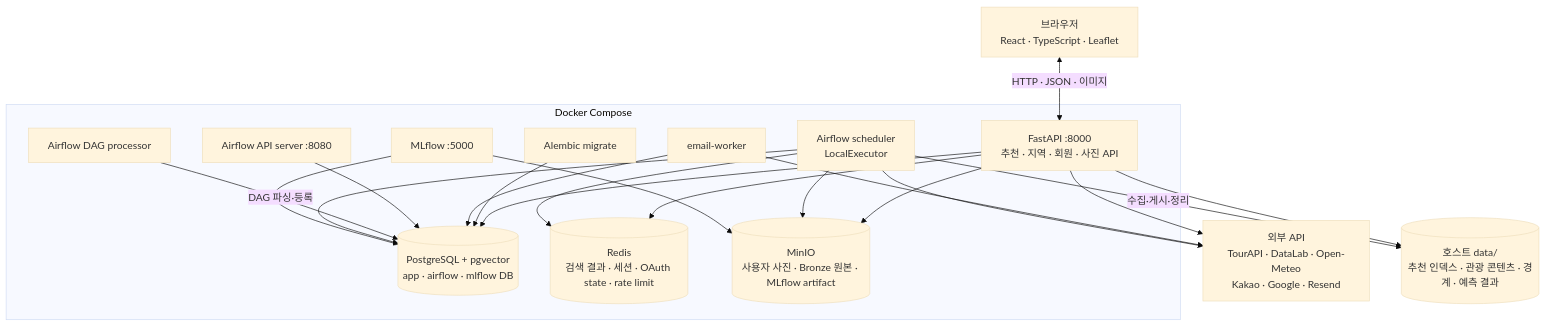
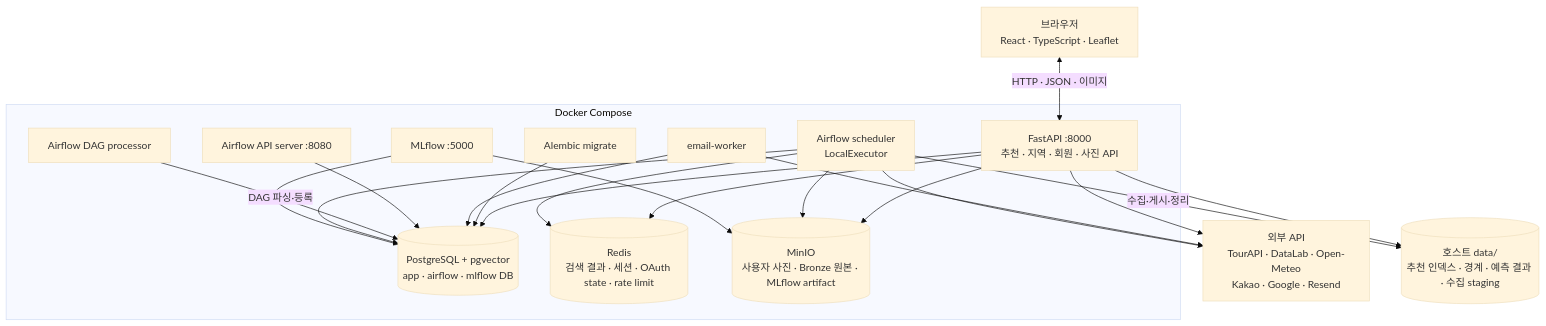
The diagram in README.md (pihet/abroad-to-korea), drawn with Mermaid (base theme) before and after one commit. The commit also changed other lines of this file and 10 other files, not shown here.

````diff
--- a/README.md
+++ b/README.md
@@ -32,38 +34,38 @@
 ```mermaid
 flowchart TB
   USER["브라우저<br/>React · TypeScript · Leaflet"]
   EXT["외부 API<br/>TourAPI · DataLab · Open-Meteo<br/>Kakao · Google · Resend"]
-  FILES[("호스트 data/<br/>추천 인덱스 · 관광 콘텐츠 · 경계 · 예측 결과")]
+  FILES[("호스트 data/<br/>추천 인덱스 · 경계 · 예측 결과 · 수집 staging")]
 
   subgraph COMPOSE["Docker Compose"]
     API["FastAPI :8000<br/>추천 · 지역 · 회원 · 사진 API"]
     PG[("PostgreSQL + pgvector<br/>app · airflow · mlflow DB")]
     REDIS[("Redis<br/>검색 결과 · 세션 · OAuth state · rate limit")]
     MINIO[("MinIO<br/>사용자 사진 · Bronze 원본 · MLflow artifact")]
     MAIL["email-worker"]
     MIG["Alembic migrate"]
     AFAPI["Airflow API server :8080"]
     AFDP["Airflow DAG processor"]
     AFS["Airflow scheduler<br/>LocalExecutor"]
     MLFLOW["MLflow :5000"]
   end
 
   USER <-- "HTTP · JSON · 이미지" --> API
   API --> FILES
   API --> PG
   API --> REDIS
   API --> MINIO
   API --> EXT
   MIG --> PG
   MAIL --> PG
   MAIL --> EXT
   AFAPI --> PG
   AFDP -- "DAG 파싱·등록" --> PG
   AFS -- "수집·게시·정리" --> FILES
   AFS --> PG
   AFS --> MINIO
   AFS --> REDIS
   AFS --> EXT
   MLFLOW --> PG
   MLFLOW --> MINIO
 ```
````
